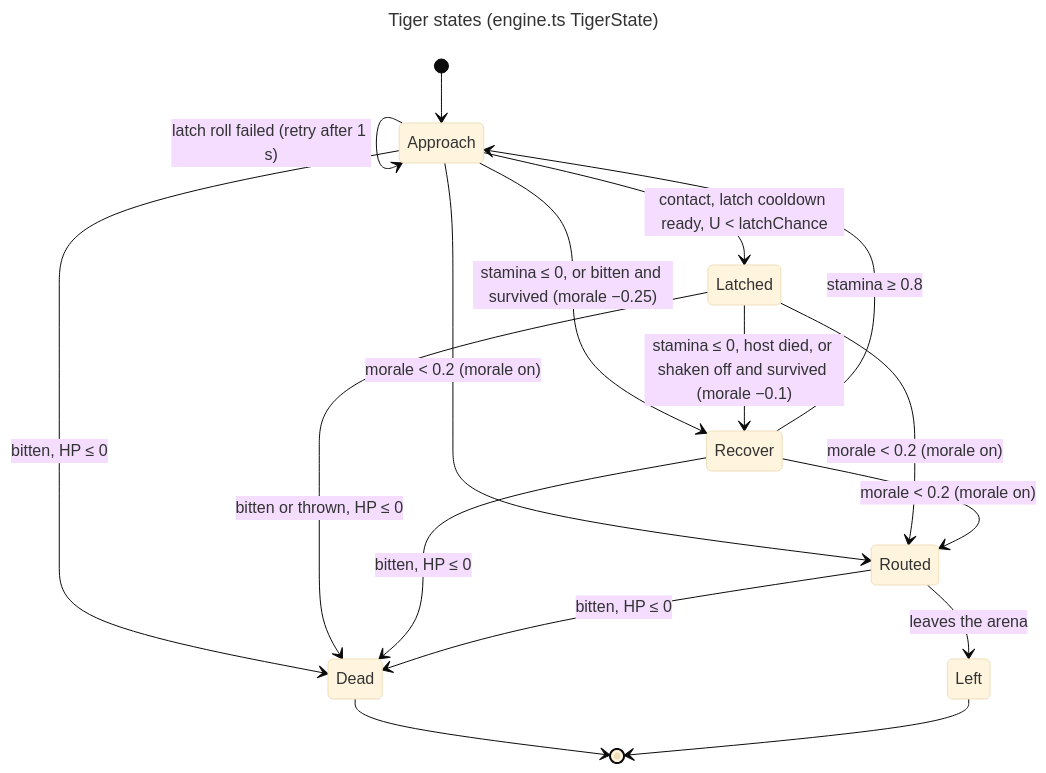
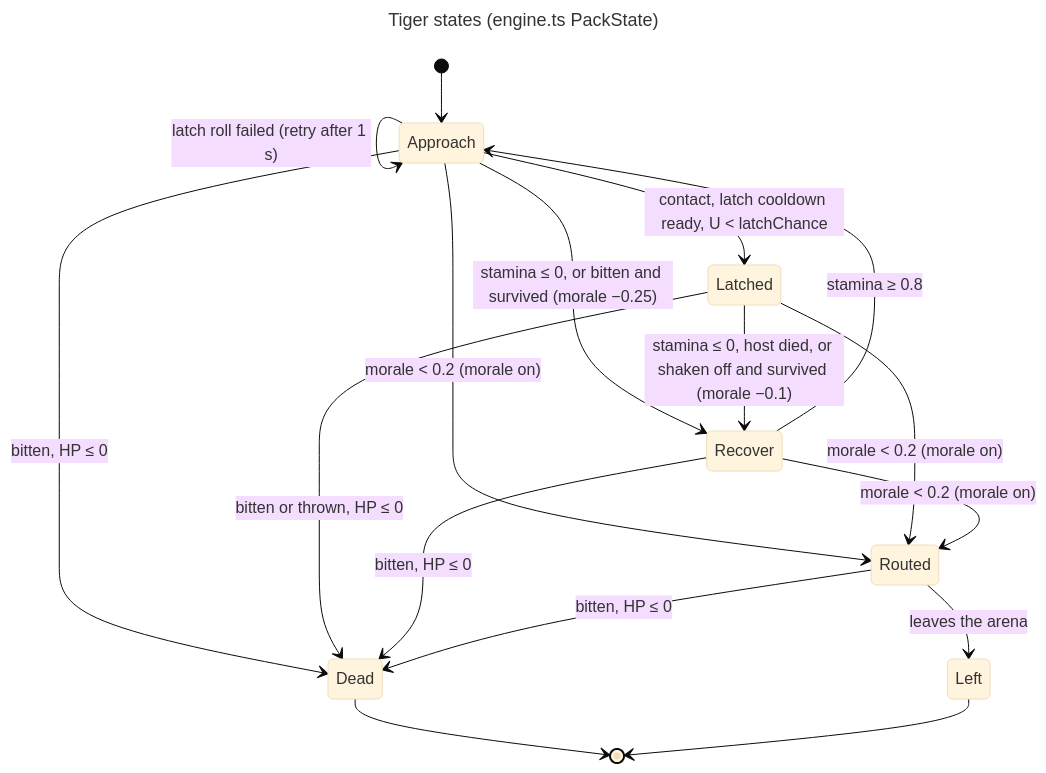
One commit to VinylStage/trex_vs_tiger_sim changed the fourth of 4 diagrams in docs/MODEL.md. Above: the diagram before and after it, drawn with Mermaid (base theme). The commit also changed other lines of this file and 66 other files, not shown here.

````diff
--- a/docs/MODEL.md
+++ b/docs/MODEL.md
@@ -329,22 +347,22 @@
 ```mermaid
 ---
-title: Tiger states (engine.ts TigerState)
+title: Tiger states (engine.ts PackState)
 ---
 stateDiagram-v2
     [*] --> Approach
     Approach --> Latched: contact, latch cooldown ready, U < latchChance
     Approach --> Approach: latch roll failed (retry after 1 s)
     Approach --> Recover: stamina ≤ 0, or bitten and survived (morale −0.25)
     Latched --> Recover: stamina ≤ 0, host died, or shaken off and survived (morale −0.1)
     Recover --> Approach: stamina ≥ 0.8
     Approach --> Routed: morale < 0.2 (morale on)
     Latched --> Routed: morale < 0.2 (morale on)
     Recover --> Routed: morale < 0.2 (morale on)
     Routed --> Left: leaves the arena
     Approach --> Dead: bitten, HP ≤ 0
     Latched --> Dead: bitten or thrown, HP ≤ 0
     Recover --> Dead: bitten, HP ≤ 0
     Routed --> Dead: bitten, HP ≤ 0
     Dead --> [*]
     Left --> [*]
 ```
````
